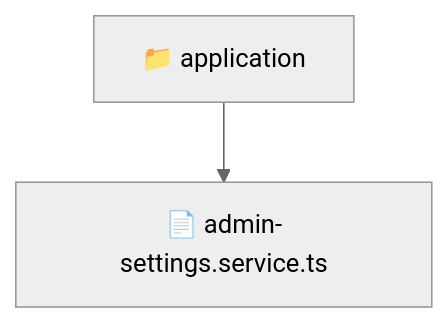
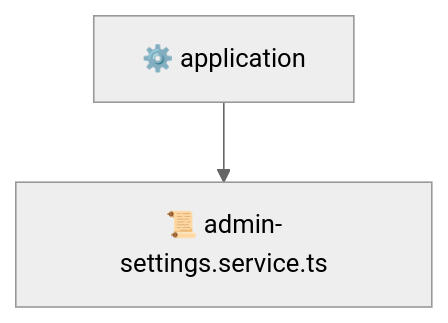
The diagram in backend/src/modules/admin-settings/application/README.md (beginwebdev2002/fullstack-mavluda), drawn with Mermaid (neutral theme) before and after one commit. The commit also changed other lines of this file and 163 other files, not shown here.

````diff
--- a/backend/src/modules/admin-settings/application/README.md
+++ b/backend/src/modules/admin-settings/application/README.md
@@ -9,5 +9,5 @@
 ```mermaid
 graph TD
-  Root["📁 application"]
-  Root --> admin_settings_service_ts["📄 admin-settings.service.ts"]
+  application["⚙️ application"]
+  application --> admin_settings_service_ts["📜 admin-settings.service.ts"]
 ```
````
